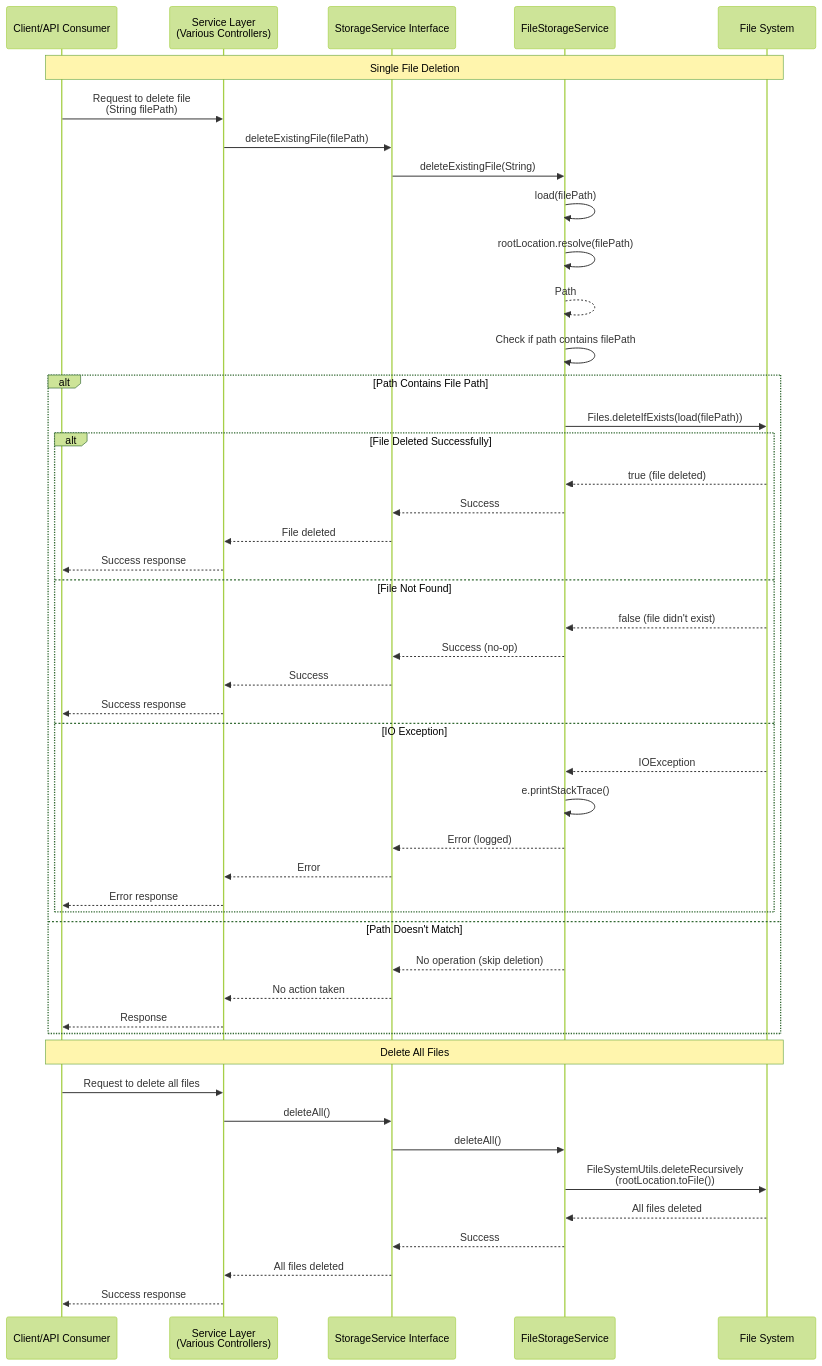
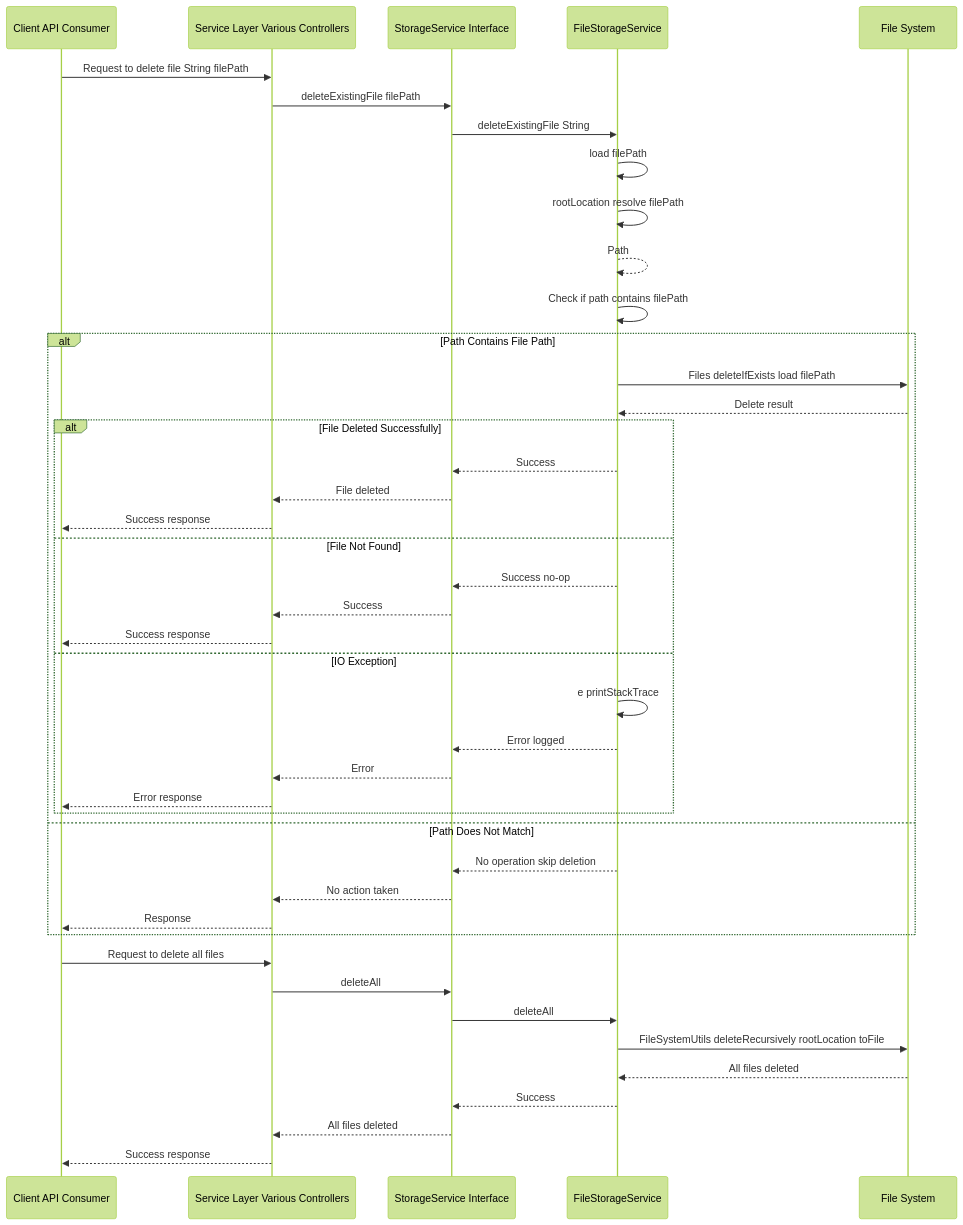
One commit to sarthak-kanungo/MyProjectITLDIS changed the sixth of 7 diagrams in KUBOTA/KUBOTA-BACKENED/STORAGE_MODULE_SEQUENCE_DIAGRAMS.md. Above: the diagram before and after it, drawn with Mermaid (forest theme). The commit also changed other lines of this file and 41 other files, not shown here.

First line of the commit message:
Refactor sequence diagrams and improve Mermaid syntax handling

````diff
--- a/KUBOTA/KUBOTA-BACKENED/STORAGE_MODULE_SEQUENCE_DIAGRAMS.md
+++ b/KUBOTA/KUBOTA-BACKENED/STORAGE_MODULE_SEQUENCE_DIAGRAMS.md
@@ -262,53 +262,49 @@
 ```mermaid
 sequenceDiagram
-    participant Client as Client/API Consumer
-    participant Service as Service Layer<br/>(Various Controllers)
+    participant Client as Client API Consumer
+    participant Service as Service Layer Various Controllers
     participant StorageService as StorageService Interface
     participant FileStorageService as FileStorageService
     participant FileSystem as File System
 
-    Note over Client,FileSystem: Single File Deletion
-    Client->>Service: Request to delete file<br/>(String filePath)
-    Service->>StorageService: deleteExistingFile(filePath)
-    StorageService->>FileStorageService: deleteExistingFile(String)
+    Client->>Service: Request to delete file String filePath
+    Service->>StorageService: deleteExistingFile filePath
+    StorageService->>FileStorageService: deleteExistingFile String
     
-    FileStorageService->>FileStorageService: load(filePath)
-    FileStorageService->>FileStorageService: rootLocation.resolve(filePath)
+    FileStorageService->>FileStorageService: load filePath
+    FileStorageService->>FileStorageService: rootLocation resolve filePath
     FileStorageService-->>FileStorageService: Path
     
     FileStorageService->>FileStorageService: Check if path contains filePath
     alt Path Contains File Path
-        FileStorageService->>FileSystem: Files.deleteIfExists(load(filePath))
+        FileStorageService->>FileSystem: Files deleteIfExists load filePath
+        FileSystem-->>FileStorageService: Delete result
         alt File Deleted Successfully
-            FileSystem-->>FileStorageService: true (file deleted)
             FileStorageService-->>StorageService: Success
             StorageService-->>Service: File deleted
             Service-->>Client: Success response
         else File Not Found
-            FileSystem-->>FileStorageService: false (file didn't exist)
-            FileStorageService-->>StorageService: Success (no-op)
+            FileStorageService-->>StorageService: Success no-op
             StorageService-->>Service: Success
             Service-->>Client: Success response
         else IO Exception
-            FileSystem-->>FileStorageService: IOException
-            FileStorageService->>FileStorageService: e.printStackTrace()
-            FileStorageService-->>StorageService: Error (logged)
+            FileStorageService->>FileStorageService: e printStackTrace
+            FileStorageService-->>StorageService: Error logged
             StorageService-->>Service: Error
             Service-->>Client: Error response
         end
-    else Path Doesn't Match
-        FileStorageService-->>StorageService: No operation (skip deletion)
+    else Path Does Not Match
+        FileStorageService-->>StorageService: No operation skip deletion
         StorageService-->>Service: No action taken
         Service-->>Client: Response
     end
     
-    Note over Client,FileSystem: Delete All Files
     Client->>Service: Request to delete all files
-    Service->>StorageService: deleteAll()
-    StorageService->>FileStorageService: deleteAll()
-    FileStorageService->>FileSystem: FileSystemUtils.deleteRecursively<br/>(rootLocation.toFile())
+    Service->>StorageService: deleteAll
+    StorageService->>FileStorageService: deleteAll
+    FileStorageService->>FileSystem: FileSystemUtils deleteRecursively rootLocation toFile
     FileSystem-->>FileStorageService: All files deleted
     FileStorageService-->>StorageService: Success
     StorageService-->>Service: All files deleted
     Service-->>Client: Success response
 ```
````
